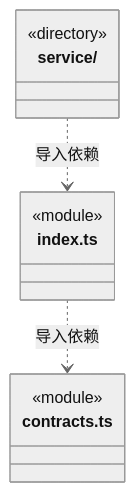
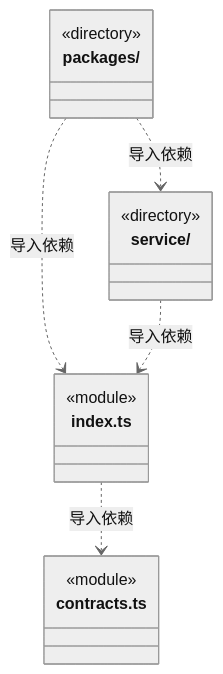
The diagram in src/logic/resources/ARCHITECTURE.md (nan023062/cbim), drawn with Mermaid (neutral theme) before and after one commit. The commit also changed other lines of this file and 657 other files, not shown here.

````diff
--- a/src/logic/resources/ARCHITECTURE.md
+++ b/src/logic/resources/ARCHITECTURE.md
@@ -18,14 +18,19 @@
 ```mermaid
 classDiagram
+class N_src_logic_resources_packages["packages/"] {
+  <<directory>>
+}
 class N_src_logic_resources_service["service/"] {
   <<directory>>
 }
 class N_src_logic_resources_contracts_ts["contracts.ts"] {
   <<module>>
 }
 class N_src_logic_resources_index_ts["index.ts"] {
   <<module>>
 }
 N_src_logic_resources_index_ts ..> N_src_logic_resources_contracts_ts : 导入依赖
+N_src_logic_resources_packages ..> N_src_logic_resources_index_ts : 导入依赖
+N_src_logic_resources_packages ..> N_src_logic_resources_service : 导入依赖
 N_src_logic_resources_service ..> N_src_logic_resources_index_ts : 导入依赖
 ```
````
